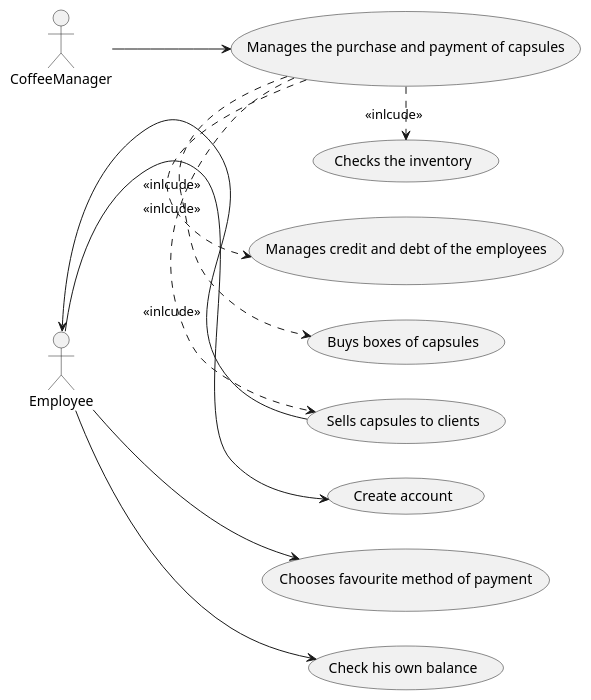
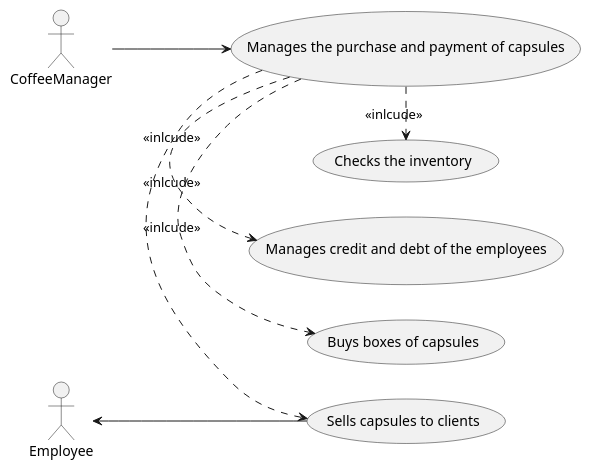
The diagram in project/Use_Case_Diagram.md (salvatore-dimartino/LaTazza), drawn with PlantUML before and after one commit.

````diff
--- a/project/Use_Case_Diagram.md
+++ b/project/Use_Case_Diagram.md
@@ -3,24 +3,20 @@
 ```plantuml
 @startuml
 
 left to right direction 
 skinparam packageStyle rectangle
 
 actor CoffeeManager as c
 actor Employee as e
 
 c --> (Manages the purchase and payment of capsules)
 
 (Manages the purchase and payment of capsules) .> (Sells capsules to clients) : <<inlcude>>
 (Manages the purchase and payment of capsules) .> (Buys boxes of capsules) : <<inlcude>>
 (Manages the purchase and payment of capsules) .> (Manages credit and debt of the employees) : <<inlcude>>
 (Manages the purchase and payment of capsules) .> (Checks the inventory) : <<inlcude>>
 
 e <-- (Sells capsules to clients)
 
-e --> (Create account)
-e --> (Chooses favourite method of payment)
-e --> (Check his own balance)
-
 @enduml
 ```
````
